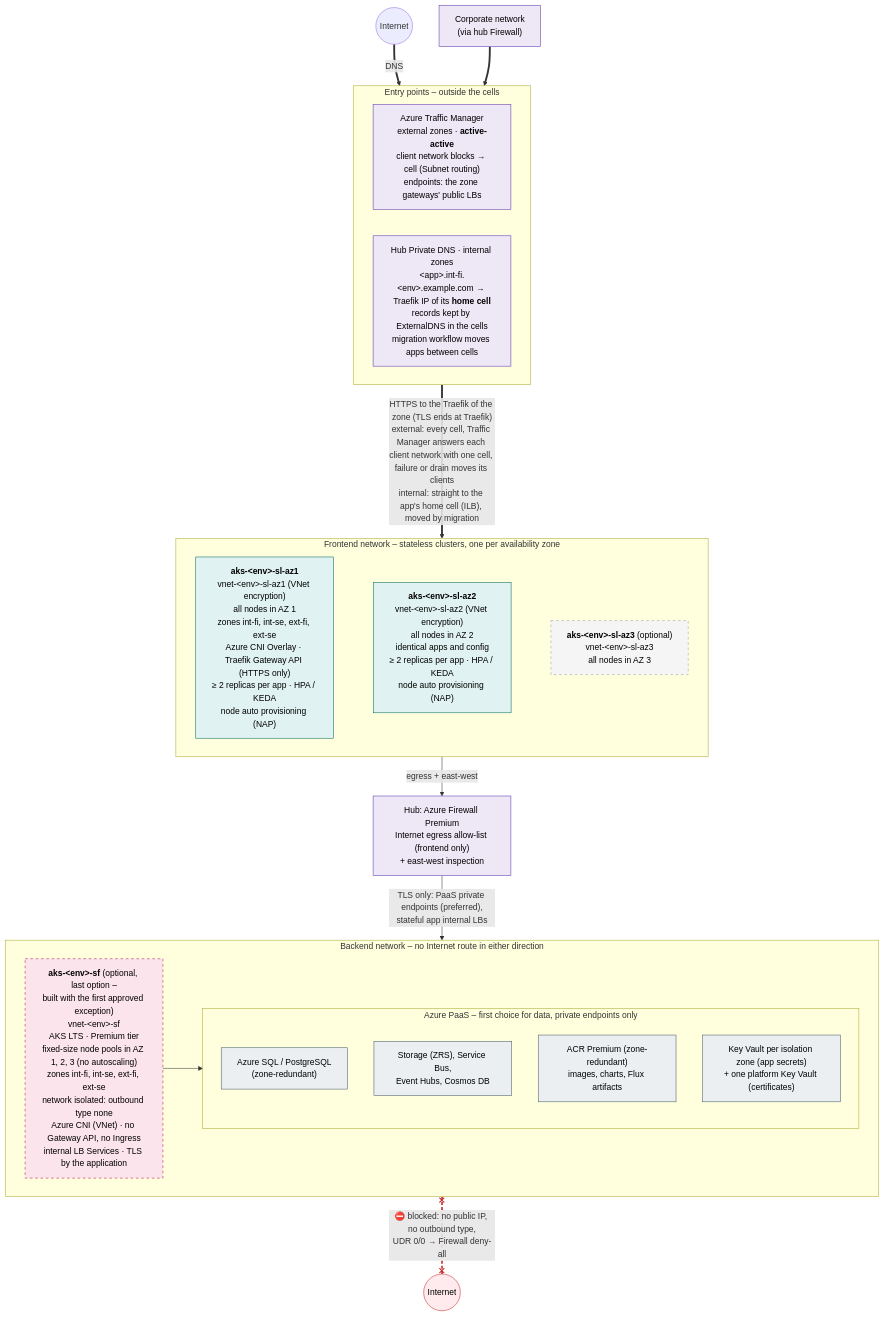
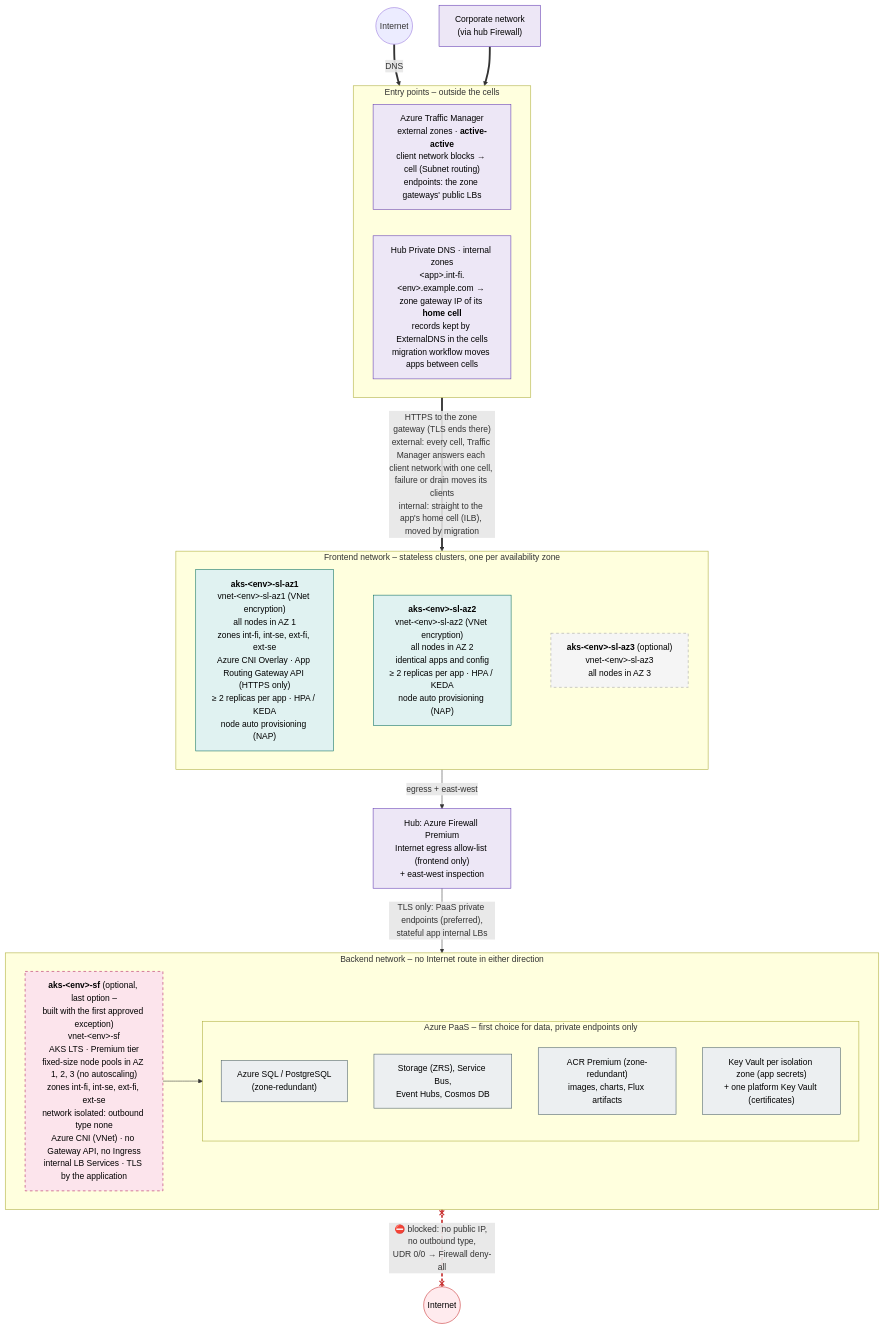
Before and after one commit to onek8s/onek8s.github.io: the diagram in diagrams/08-cluster-topology.mmd, drawn with Mermaid. The commit also changed 37 other files, not shown here.

First line of the commit message:
App Routing's Gateway API (approuting-istio) instead of Traefik (#25)

```diff
--- a/diagrams/08-cluster-topology.mmd
+++ b/diagrams/08-cluster-topology.mmd
@@ -1,58 +1,58 @@
 %% Cluster topology of ONE environment (dev, acc and prd are identical): zonal stateless clusters in the
 %% frontend network, an optional zone-redundant stateful cluster in the backend network next to the Azure PaaS services.
 flowchart TB
     internet(("Internet"))
     corp["Corporate network<br/>(via hub Firewall)"]
 
     subgraph EDGE["Entry points – outside the cells"]
         direction LR
         waf["Azure Traffic Manager<br/>external zones · <b>active-active</b><br/>client network blocks → cell (Subnet routing)<br/>endpoints: the zone gateways' public LBs"]
-        agw_in["Hub Private DNS · internal zones<br/>&lt;app&gt;.int-fi.&lt;env&gt;.example.com → Traefik IP of its <b>home cell</b><br/>records kept by ExternalDNS in the cells<br/>migration workflow moves apps between cells"]
+        agw_in["Hub Private DNS · internal zones<br/>&lt;app&gt;.int-fi.&lt;env&gt;.example.com → zone gateway IP of its <b>home cell</b><br/>records kept by ExternalDNS in the cells<br/>migration workflow moves apps between cells"]
     end
 
     subgraph FRONT["Frontend network – stateless clusters, one per availability zone"]
         direction LR
-        sl1["<b>aks-&lt;env&gt;-sl-az1</b><br/>vnet-&lt;env&gt;-sl-az1 (VNet encryption)<br/>all nodes in AZ 1<br/>zones int-fi, int-se, ext-fi, ext-se<br/>Azure CNI Overlay · Traefik Gateway API (HTTPS only)<br/>≥ 2 replicas per app · HPA / KEDA<br/>node auto provisioning (NAP)"]
+        sl1["<b>aks-&lt;env&gt;-sl-az1</b><br/>vnet-&lt;env&gt;-sl-az1 (VNet encryption)<br/>all nodes in AZ 1<br/>zones int-fi, int-se, ext-fi, ext-se<br/>Azure CNI Overlay · App Routing Gateway API (HTTPS only)<br/>≥ 2 replicas per app · HPA / KEDA<br/>node auto provisioning (NAP)"]
         sl2["<b>aks-&lt;env&gt;-sl-az2</b><br/>vnet-&lt;env&gt;-sl-az2 (VNet encryption)<br/>all nodes in AZ 2<br/>identical apps and config<br/>≥ 2 replicas per app · HPA / KEDA<br/>node auto provisioning (NAP)"]
         sl3["<b>aks-&lt;env&gt;-sl-az3</b> (optional)<br/>vnet-&lt;env&gt;-sl-az3<br/>all nodes in AZ 3"]
         sl1 ~~~ sl2 ~~~ sl3
     end
 
     fw["Hub: Azure Firewall Premium<br/>Internet egress allow-list (frontend only)<br/>+ east-west inspection"]
 
     subgraph BACK["Backend network – no Internet route in either direction"]
         direction LR
         sf["<b>aks-&lt;env&gt;-sf</b> (optional, last option –<br/>built with the first approved exception)<br/>vnet-&lt;env&gt;-sf<br/>AKS LTS · Premium tier<br/>fixed-size node pools in AZ 1, 2, 3 (no autoscaling)<br/>zones int-fi, int-se, ext-fi, ext-se<br/>network isolated: outbound type none<br/>Azure CNI (VNet) · no Gateway API, no Ingress<br/>internal LB Services · TLS by the application"]
         subgraph PAAS["Azure PaaS – first choice for data, private endpoints only"]
             direction TB
             db["Azure SQL / PostgreSQL<br/>(zone-redundant)"]
             st["Storage (ZRS), Service Bus,<br/>Event Hubs, Cosmos DB"]
             acr["ACR Premium (zone-redundant)<br/>images, charts, Flux artifacts"]
             kv["Key Vault per isolation zone (app secrets)<br/>+ one platform Key Vault (certificates)"]
         end
     end
 
     blocked(("Internet"))
 
     internet ==>|"DNS"| waf
     corp ==> agw_in
-    EDGE ==>|"HTTPS to the Traefik of the zone (TLS ends at Traefik)<br/>external: every cell, Traffic Manager answers each client network with one cell, failure or drain moves its clients<br/>internal: straight to the app's home cell (ILB), moved by migration"| FRONT
+    EDGE ==>|"HTTPS to the zone gateway (TLS ends there)<br/>external: every cell, Traffic Manager answers each client network with one cell, failure or drain moves its clients<br/>internal: straight to the app's home cell (ILB), moved by migration"| FRONT
     FRONT -->|"egress + east-west"| fw
     fw -->|"TLS only: PaaS private endpoints (preferred),<br/>stateful app internal LBs"| BACK
     sf --> PAAS
     BACK x-.-x|"⛔ blocked: no public IP, no outbound type,<br/>UDR 0/0 → Firewall deny-all"| blocked
 
     linkStyle 8 stroke:#c62828,stroke-width:3px,stroke-dasharray:6 4
 
     classDef hub fill:#ede7f6,stroke:#5e35b1,color:#000
     classDef sl fill:#e0f2f1,stroke:#00695c,color:#000
     classDef sf fill:#fce4ec,stroke:#ad1457,color:#000,stroke-dasharray: 5 5
     classDef paas fill:#eceff1,stroke:#455a64,color:#000
     classDef opt fill:#f5f5f5,stroke:#9e9e9e,color:#000,stroke-dasharray: 5 5
     classDef off fill:#ffebee,stroke:#c62828,color:#000
     class fw,waf,agw_in,corp hub
     class sl1,sl2 sl
     class sl3 opt
     class sf sf
     class db,st,acr,kv paas
     class blocked off
```
